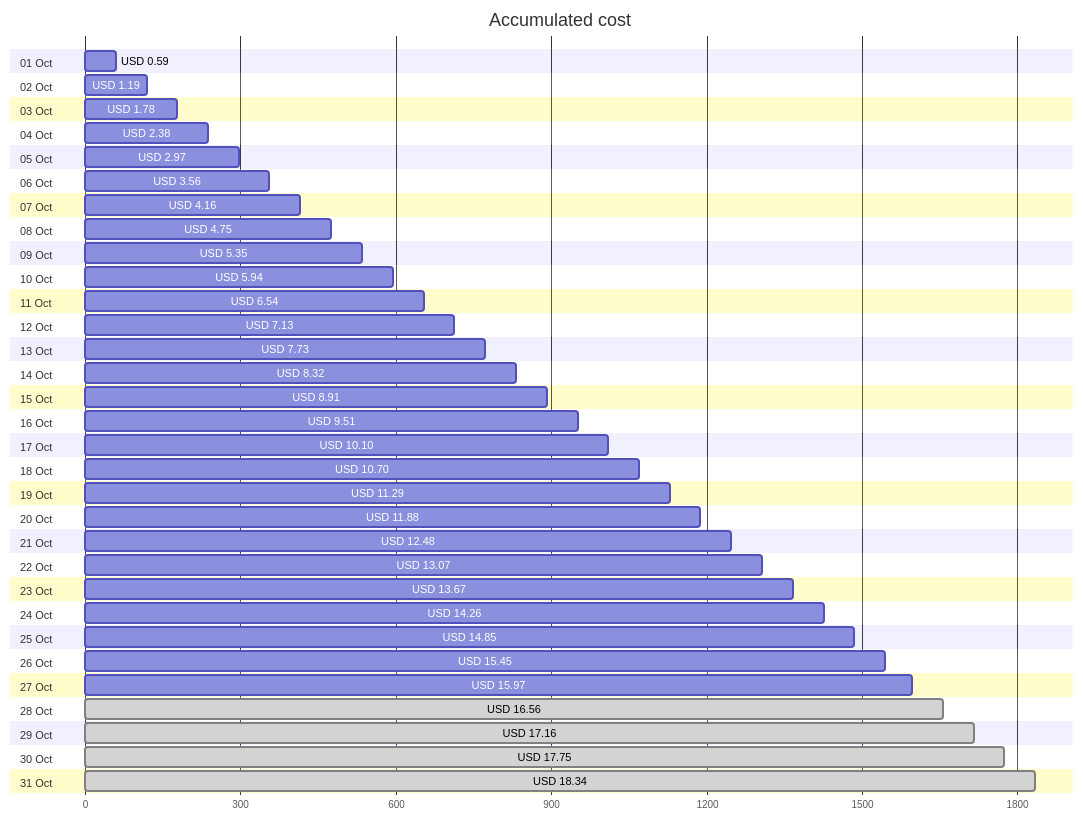
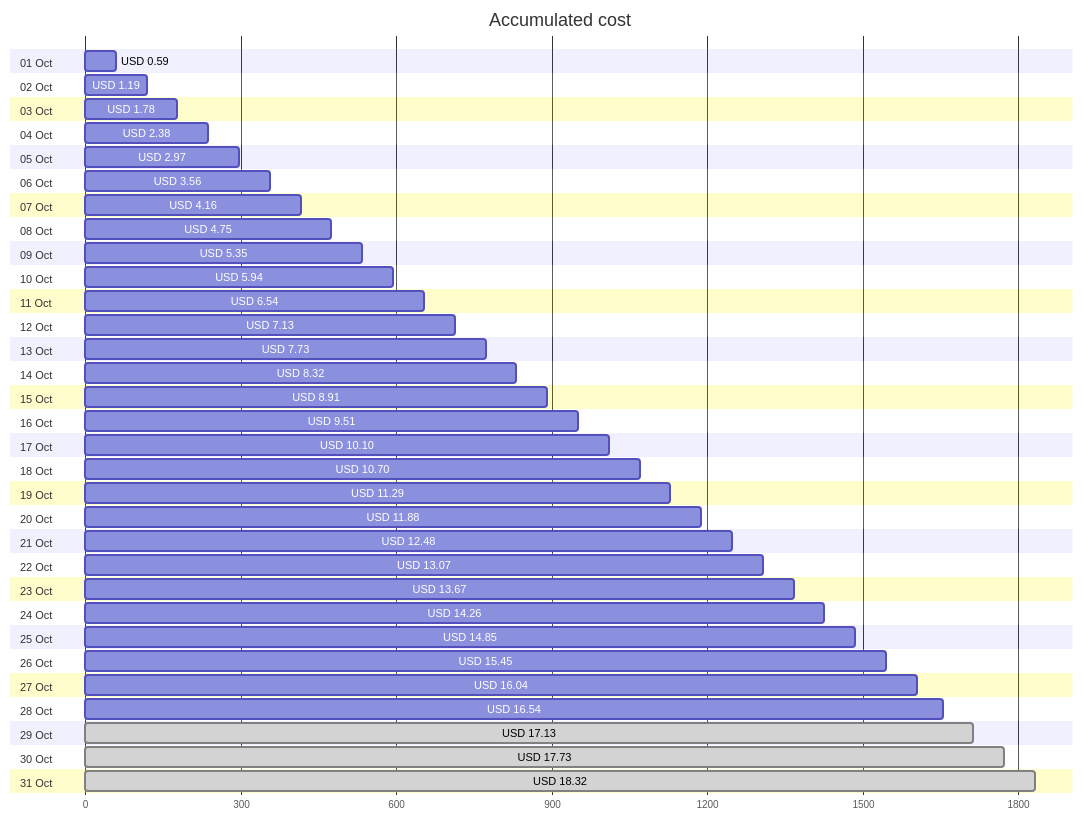
Before and after one commit to jpfulton/azure-personal-reports: the first of 4 diagrams in cost-reports/personal-site/README.md, drawn with Mermaid. The commit also changed other lines of this file and 7 other files, not shown here.

````diff
--- a/cost-reports/personal-site/README.md
+++ b/cost-reports/personal-site/README.md
@@ -20,68 +20,68 @@
 ```mermaid
 gantt
    title Accumulated cost
    dateFormat  X
    axisFormat %s
    section 01 Oct
    USD 0.59 :0, 59
    section 02 Oct
    USD 1.19 :0, 119
    section 03 Oct
    USD 1.78 :0, 178
    section 04 Oct
    USD 2.38 :0, 238
    section 05 Oct
    USD 2.97 :0, 297
    section 06 Oct
    USD 3.56 :0, 356
    section 07 Oct
    USD 4.16 :0, 416
    section 08 Oct
    USD 4.75 :0, 475
    section 09 Oct
    USD 5.35 :0, 535
    section 10 Oct
    USD 5.94 :0, 594
    section 11 Oct
    USD 6.54 :0, 654
    section 12 Oct
    USD 7.13 :0, 713
    section 13 Oct
    USD 7.73 :0, 773
    section 14 Oct
    USD 8.32 :0, 832
    section 15 Oct
    USD 8.91 :0, 891
    section 16 Oct
    USD 9.51 :0, 951
    section 17 Oct
    USD 10.10 :0, 1010
    section 18 Oct
    USD 10.70 :0, 1070
    section 19 Oct
    USD 11.29 :0, 1129
    section 20 Oct
    USD 11.88 :0, 1188
    section 21 Oct
    USD 12.48 :0, 1248
    section 22 Oct
    USD 13.07 :0, 1307
    section 23 Oct
    USD 13.67 :0, 1367
    section 24 Oct
    USD 14.26 :0, 1426
    section 25 Oct
    USD 14.85 :0, 1485
    section 26 Oct
    USD 15.45 :0, 1545
    section 27 Oct
-   USD 15.97 :0, 1597
+   USD 16.04 :0, 1604
    section 28 Oct
-   USD 16.56 : done, 0, 1656
+   USD 16.54 :0, 1654
    section 29 Oct
-   USD 17.16 : done, 0, 1716
+   USD 17.13 : done, 0, 1713
    section 30 Oct
-   USD 17.75 : done, 0, 1775
+   USD 17.73 : done, 0, 1773
    section 31 Oct
-   USD 18.34 : done, 0, 1834
+   USD 18.32 : done, 0, 1832
 ```
````
